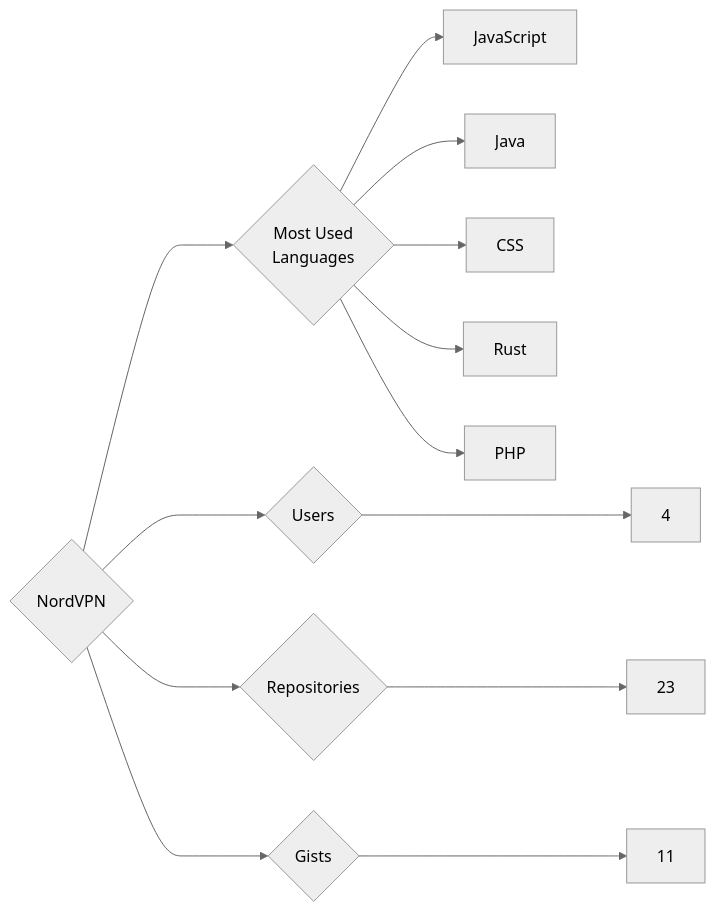
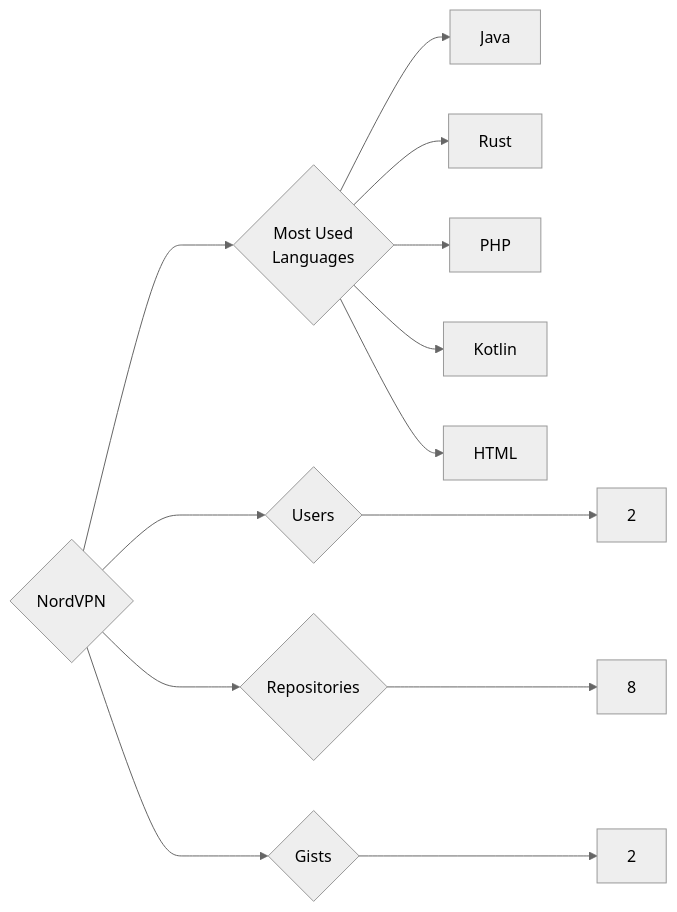
One commit to trickest/insiders changed the diagram in targets/NordVPN/README.md. Above: the diagram before and after it, drawn with Mermaid (neutral theme). The commit also changed 878 other files, not shown here.

````diff
--- a/targets/NordVPN/README.md
+++ b/targets/NordVPN/README.md
@@ -3,13 +3,13 @@
 ```mermaid
 graph LR
 COMPANY_NAME{NordVPN}
-COMPANY_NAME ---> U{Users} ---> UN[4]
-COMPANY_NAME ---> R{Repositories} ---> RN[23]
-COMPANY_NAME ---> G{Gists} ---> GN[11]
+COMPANY_NAME ---> U{Users} ---> UN[2]
+COMPANY_NAME ---> R{Repositories} ---> RN[8]
+COMPANY_NAME ---> G{Gists} ---> GN[2]
 COMPANY_NAME ---> ML{Most Used<br>Languages}
-ML --> JavaScript[JavaScript]
 ML --> Java[Java]
-ML --> CSS[CSS]
 ML --> Rust[Rust]
 ML --> PHP[PHP]
+ML --> Kotlin[Kotlin]
+ML --> HTML[HTML]
 ```
````
